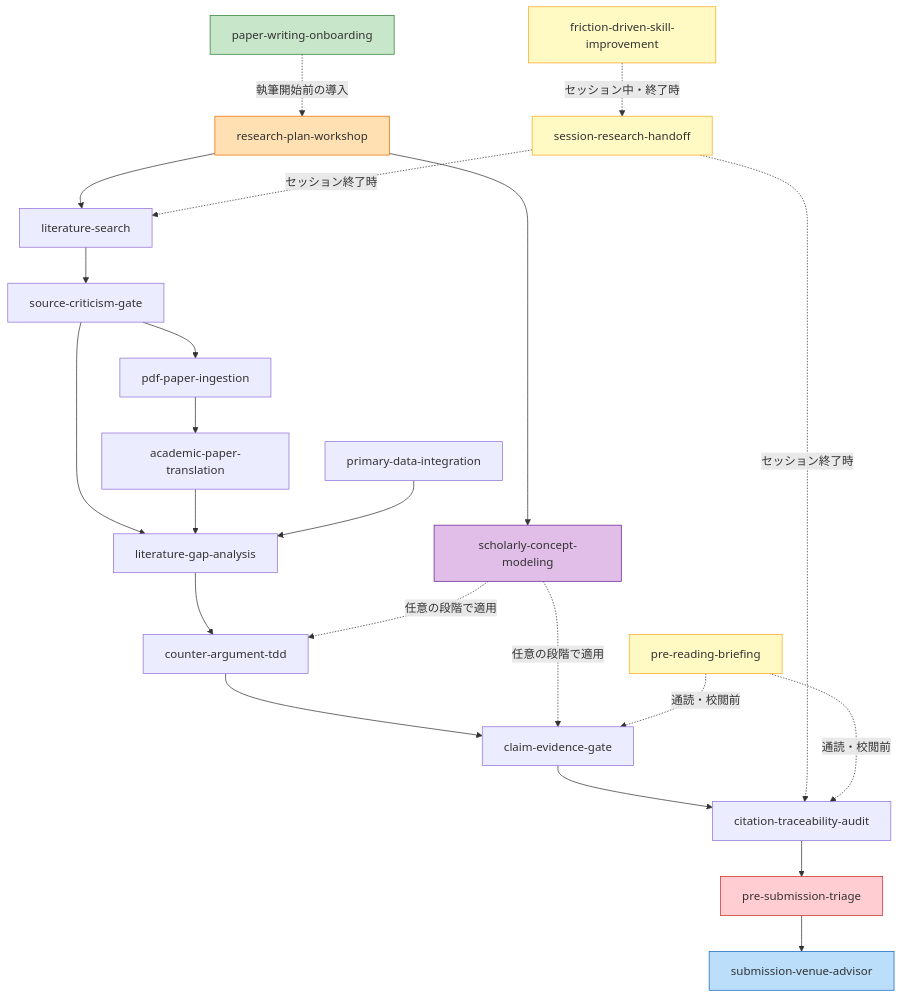
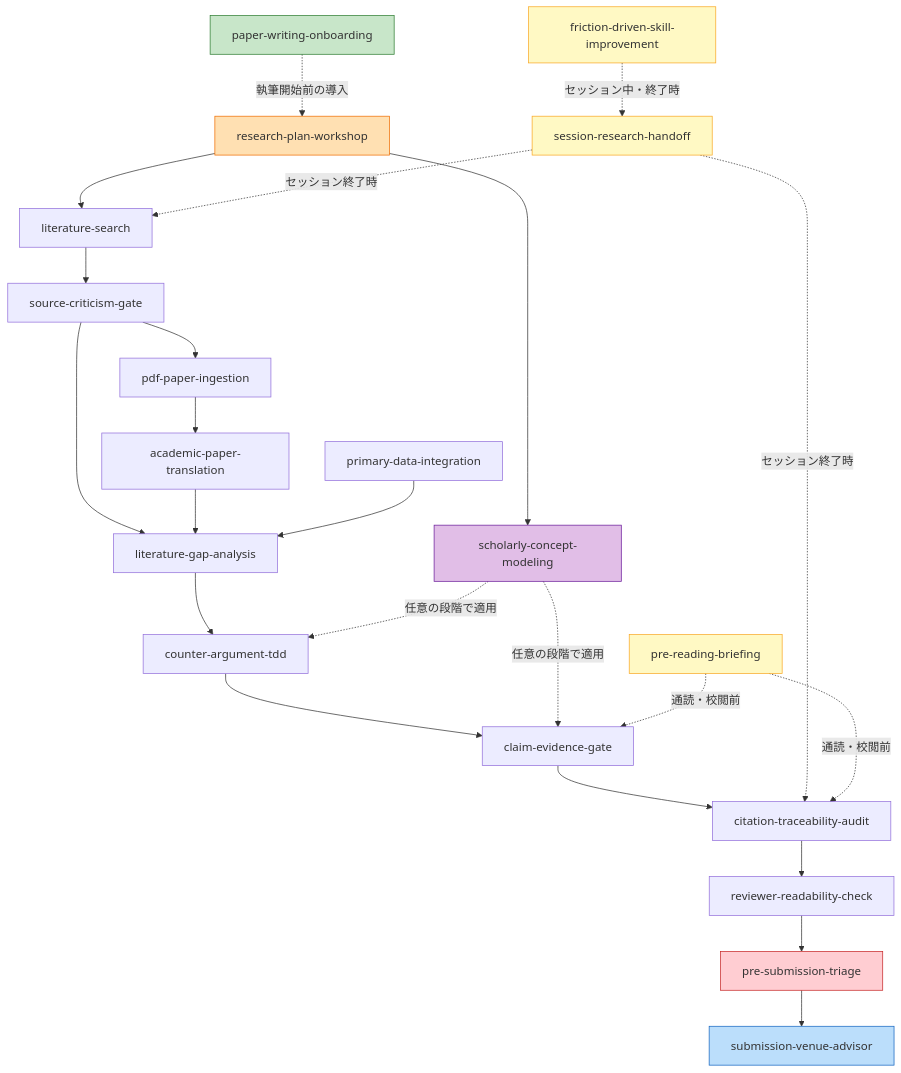
One commit to hideshi/scholarly-agent-skills changed the diagram in skills/ja/README.md. Above: the diagram before and after it, drawn with Mermaid. The commit also changed other lines of this file and 10 other files, not shown here.

````diff
--- a/skills/ja/README.md
+++ b/skills/ja/README.md
@@ -36,34 +37,35 @@
 ```mermaid
 graph TD
     K[paper-writing-onboarding] -.->|執筆開始前の導入| RP
     RP[research-plan-workshop] --> A
     RP --> F
     A[literature-search] --> SC[source-criticism-gate]
     SC --> B[pdf-paper-ingestion]
     B --> C[academic-paper-translation]
     SC --> E[literature-gap-analysis]
     C --> E
     D[primary-data-integration] --> E
     E --> G[counter-argument-tdd]
     G --> H[claim-evidence-gate]
     H --> I[citation-traceability-audit]
-    I --> PT[pre-submission-triage]
+    I --> RR[reviewer-readability-check]
+    RR --> PT[pre-submission-triage]
     PT --> L[submission-venue-advisor]
 
     F[scholarly-concept-modeling] -.->|任意の段階で適用| G
     F -.->|任意の段階で適用| H
     J[session-research-handoff] -.->|セッション終了時| A
     J -.->|セッション終了時| I
     PR[pre-reading-briefing] -.->|通読・校閲前| H
     PR -.->|通読・校閲前| I
     FD[friction-driven-skill-improvement] -.->|セッション中・終了時| J
 
     style K fill:#c8e6c9,stroke:#2e7d32
     style RP fill:#ffe0b2,stroke:#ef6c00
     style F fill:#e1bee7,stroke:#6a1b9a
     style J fill:#fff9c4,stroke:#f9a825
     style PR fill:#fff9c4,stroke:#f9a825
     style FD fill:#fff9c4,stroke:#f9a825
     style PT fill:#ffcdd2,stroke:#c62828
     style L fill:#bbdefb,stroke:#1565c0
 ```
````
